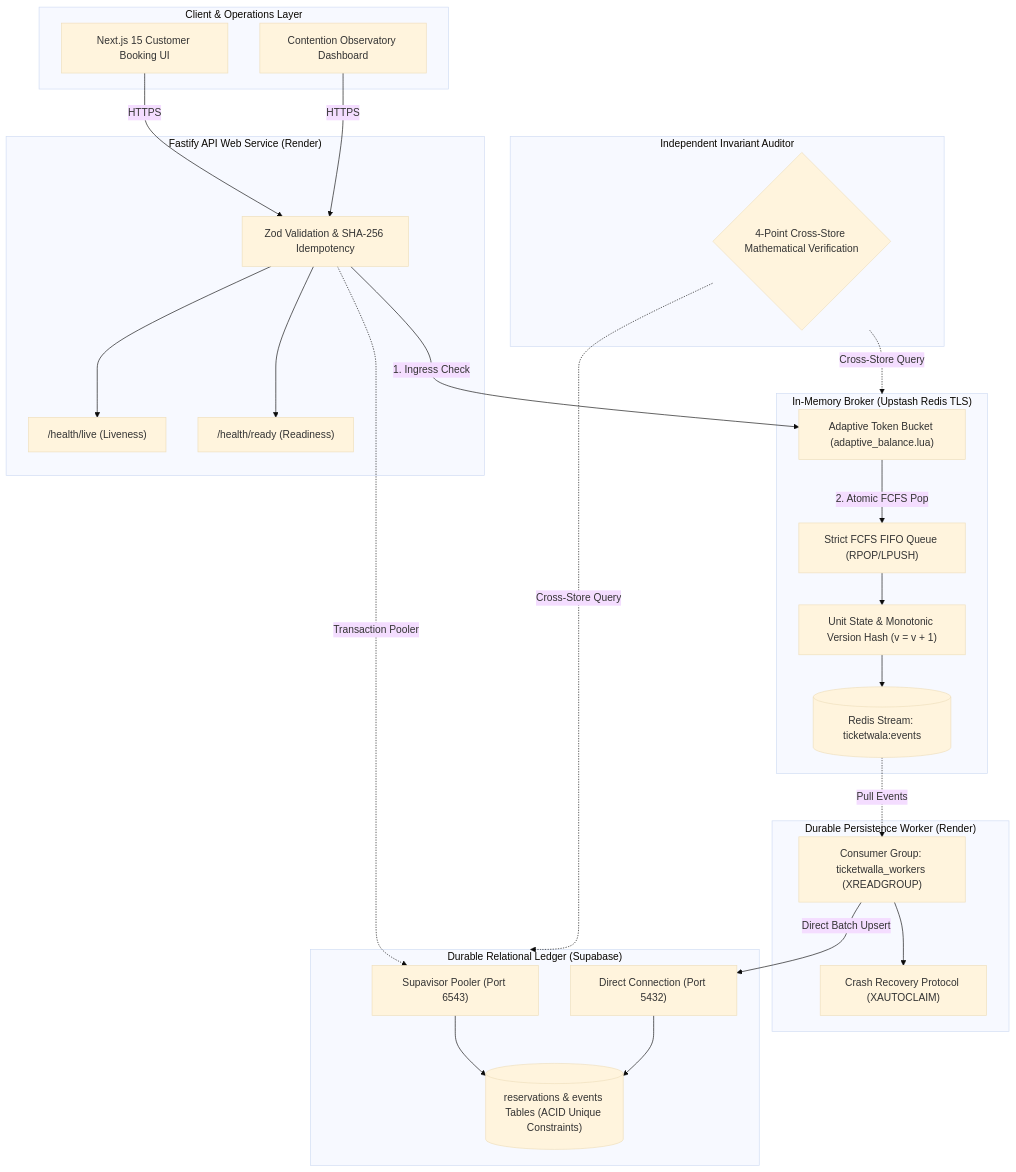
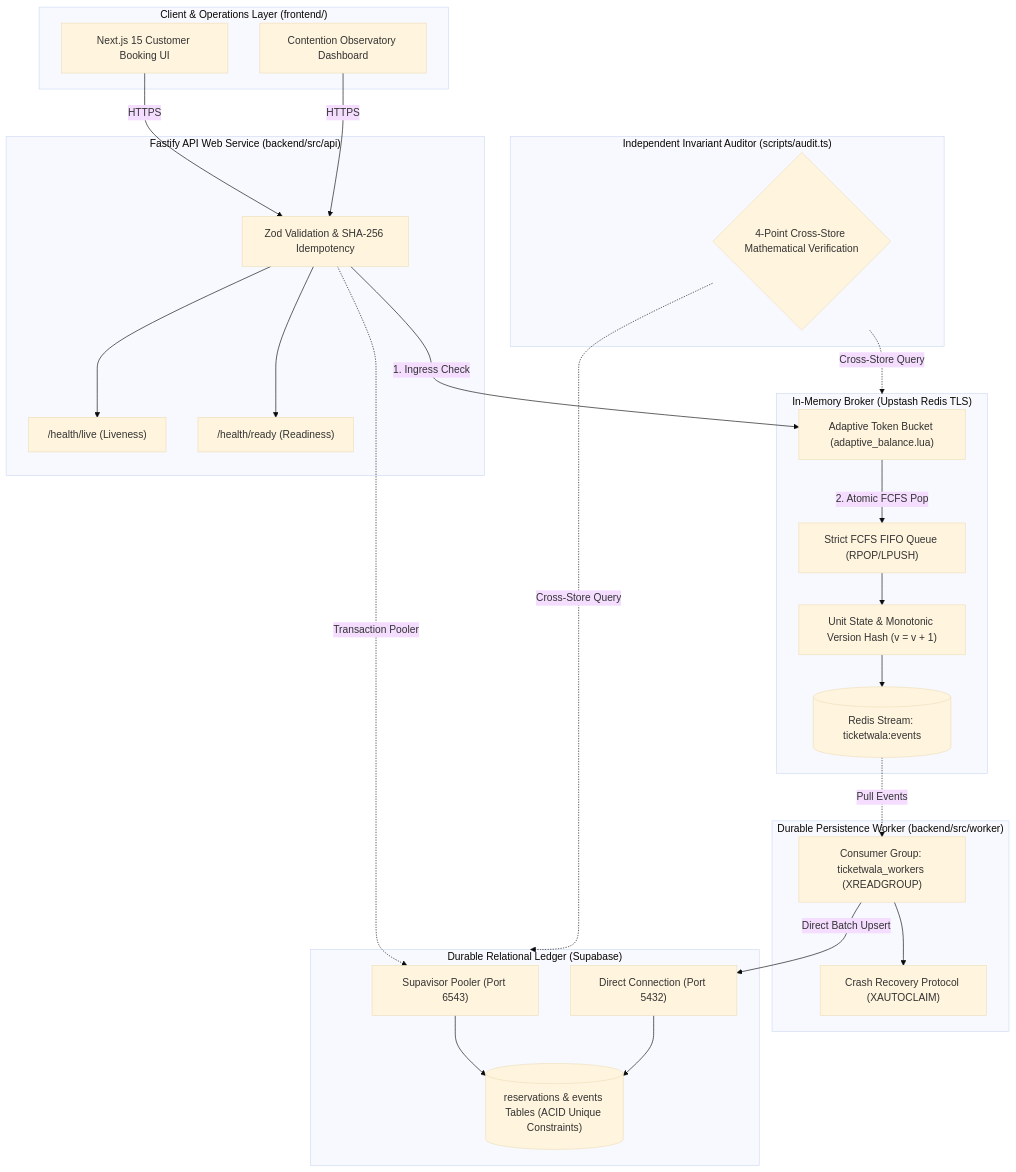
One commit to WolverineAryan/TicketWala changed the diagram in README.md. Above: the diagram before and after it, drawn with Mermaid (base theme). The commit also changed other lines of this file and 29 other files, not shown here.

Commit message:
feat: restructure repository into frontend and backend with full high-concurrency engine, lua broker, worker, and next.js scaffold

````diff
--- a/README.md
+++ b/README.md
@@ -29,44 +69,44 @@
 ```mermaid
 flowchart TD
-    subgraph ClientLayer ["Client & Operations Layer"]
+    subgraph ClientLayer ["Client & Operations Layer (frontend/)"]
         A["Next.js 15 Customer Booking UI"]
         B["Contention Observatory Dashboard"]
     end
 
-    subgraph APILayer ["Fastify API Web Service (Render)"]
+    subgraph APILayer ["Fastify API Web Service (backend/src/api)"]
         LIVE["/health/live (Liveness)"]
         READY["/health/ready (Readiness)"]
         VAL["Zod Validation & SHA-256 Idempotency"]
     end
 
     subgraph MemoryLayer ["In-Memory Broker (Upstash Redis TLS)"]
         TB["Adaptive Token Bucket (adaptive_balance.lua)"]
         FIFO["Strict FCFS FIFO Queue (RPOP/LPUSH)"]
         HASH["Unit State & Monotonic Version Hash (v = v + 1)"]
         STREAM[("Redis Stream: ticketwala:events")]
     end
 
-    subgraph WorkerLayer ["Durable Persistence Worker (Render)"]
-        WORKER["Consumer Group: ticketwalla_workers (XREADGROUP)"]
+    subgraph WorkerLayer ["Durable Persistence Worker (backend/src/worker)"]
+        WORKER["Consumer Group: ticketwala_workers (XREADGROUP)"]
         RECOVER["Crash Recovery Protocol (XAUTOCLAIM)"]
     end
 
     subgraph DurableLayer ["Durable Relational Ledger (Supabase)"]
         POOLER["Supavisor Pooler (Port 6543)"]
         DIRECT["Direct Connection (Port 5432)"]
         TABLES[("reservations & events Tables (ACID Unique Constraints)")]
     end
 
-    subgraph AuditLayer ["Independent Invariant Auditor"]
+    subgraph AuditLayer ["Independent Invariant Auditor (scripts/audit.ts)"]
         AUDIT{"4-Point Cross-Store Mathematical Verification"}
     end
 
     A & B -->|HTTPS| VAL
     VAL --> LIVE & READY
     VAL -->|1. Ingress Check| TB
     TB -->|2. Atomic FCFS Pop| FIFO --> HASH --> STREAM
     STREAM -.->|Pull Events| WORKER --> RECOVER
     VAL -.->|Transaction Pooler| POOLER --> TABLES
     WORKER -->|Direct Batch Upsert| DIRECT --> TABLES
     AUDIT -.->|Cross-Store Query| MemoryLayer & DurableLayer
 ```
````
